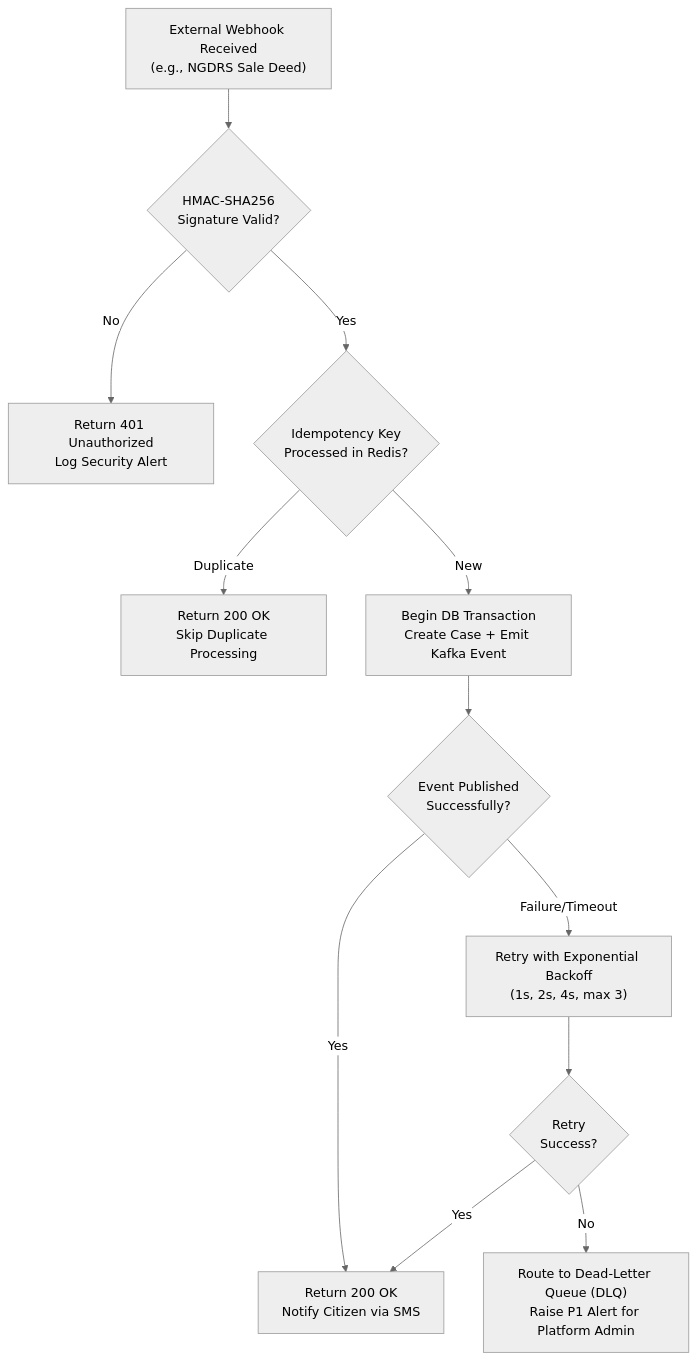
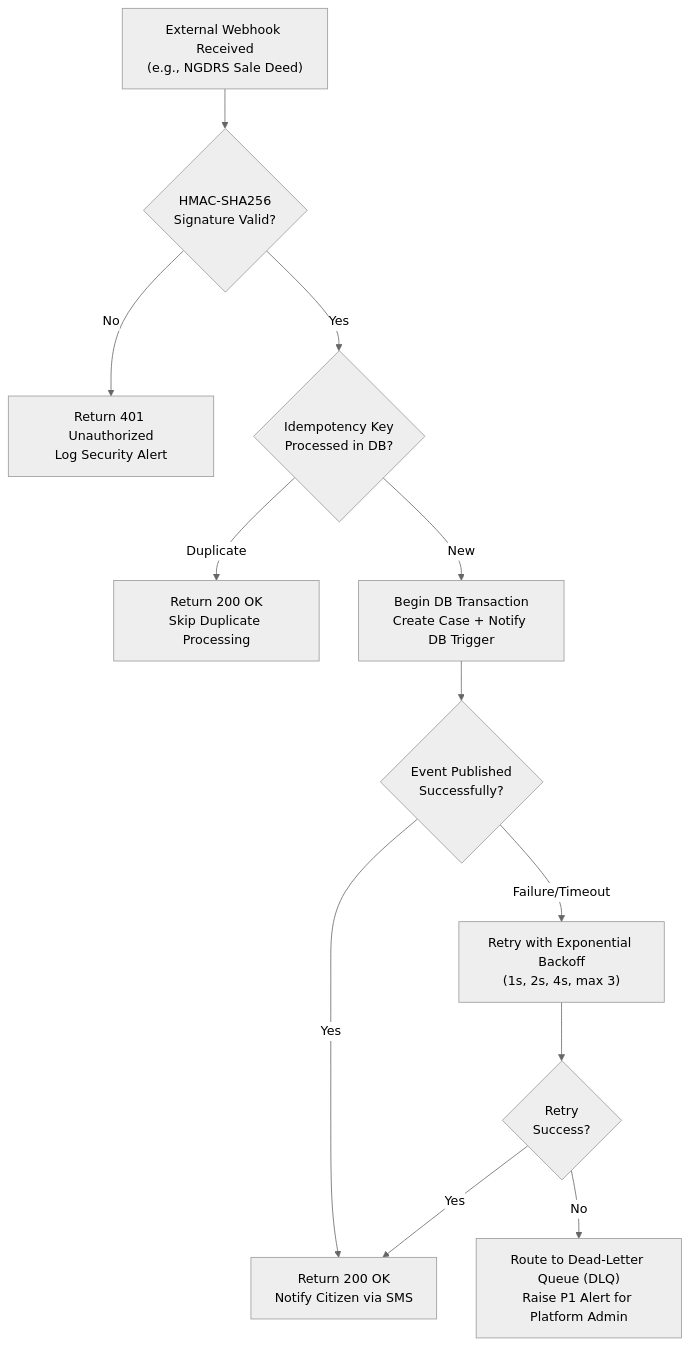
One commit to Abhishekgujar28/LAND-STACK changed diagram 21 of 21 in docs/main-docs/workflows.md. Above: the diagram before and after it, drawn with Mermaid (neutral theme). The commit also changed other lines of this file and 53 other files, not shown here.

````diff
--- a/docs/main-docs/workflows.md
+++ b/docs/main-docs/workflows.md
@@ -1275,16 +1277,16 @@
 ```mermaid
 flowchart TD
     SUB["External Webhook Received<br/>(e.g., NGDRS Sale Deed)"] --> HMAC{"HMAC-SHA256<br/>Signature Valid?"}
     HMAC -->|No| REJ["Return 401 Unauthorized<br/>Log Security Alert"]
-    HMAC -->|Yes| IDEM{"Idempotency Key<br/>Processed in Redis?"}
+    HMAC -->|Yes| IDEM{"Idempotency Key<br/>Processed in DB?"}
     IDEM -->|Duplicate| DUP["Return 200 OK<br/>Skip Duplicate Processing"]
-    IDEM -->|New| TRANS["Begin DB Transaction<br/>Create Case + Emit Kafka Event"]
+    IDEM -->|New| TRANS["Begin DB Transaction<br/>Create Case + Notify DB Trigger"]
     
     TRANS --> SUCCESS{"Event Published<br/>Successfully?"}
     SUCCESS -->|Yes| OK["Return 200 OK<br/>Notify Citizen via SMS"]
     SUCCESS -->|Failure/Timeout| RETRY["Retry with Exponential Backoff<br/>(1s, 2s, 4s, max 3)"]
     
     RETRY --> RETRY_OK{"Retry<br/>Success?"}
     RETRY_OK -->|Yes| OK
     RETRY_OK -->|No| DLQ["Route to Dead-Letter Queue (DLQ)<br/>Raise P1 Alert for Platform Admin"]
 ```
````
